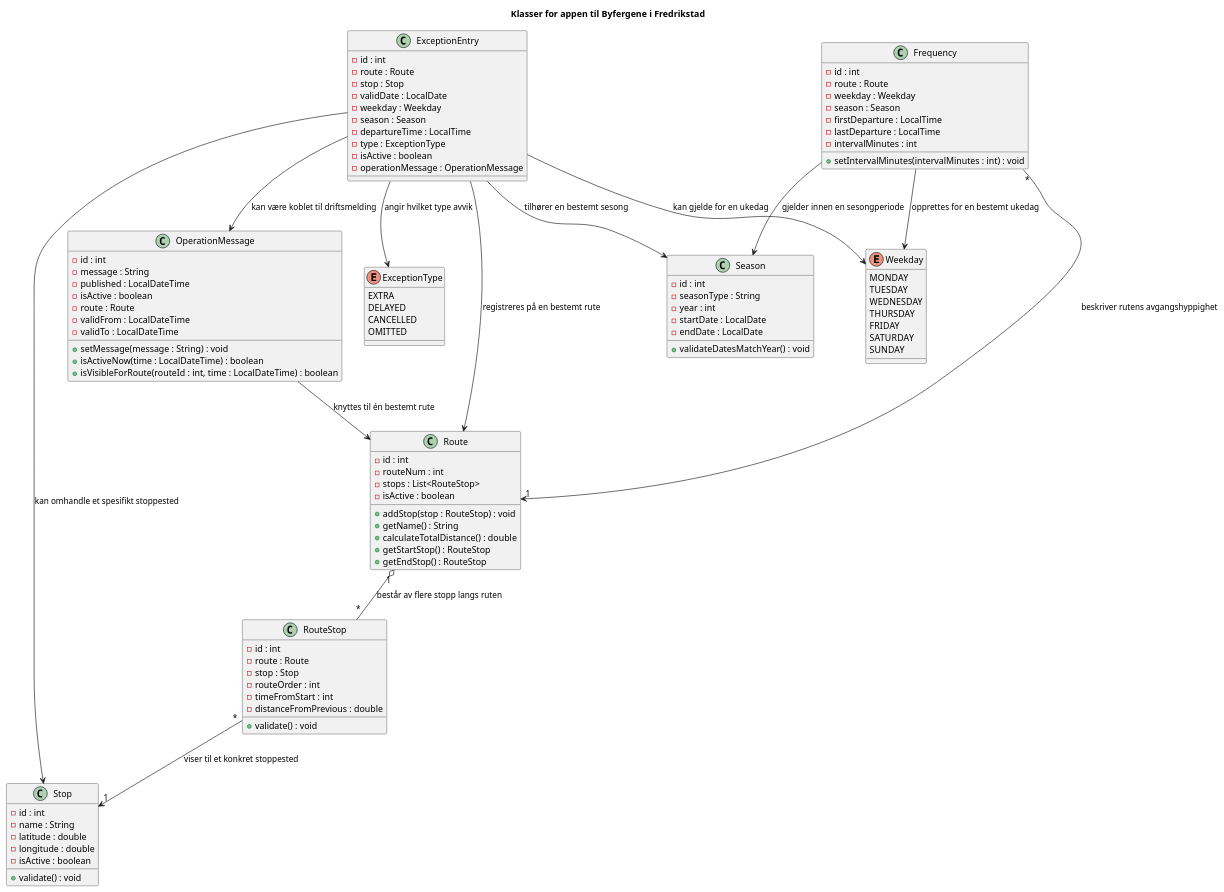
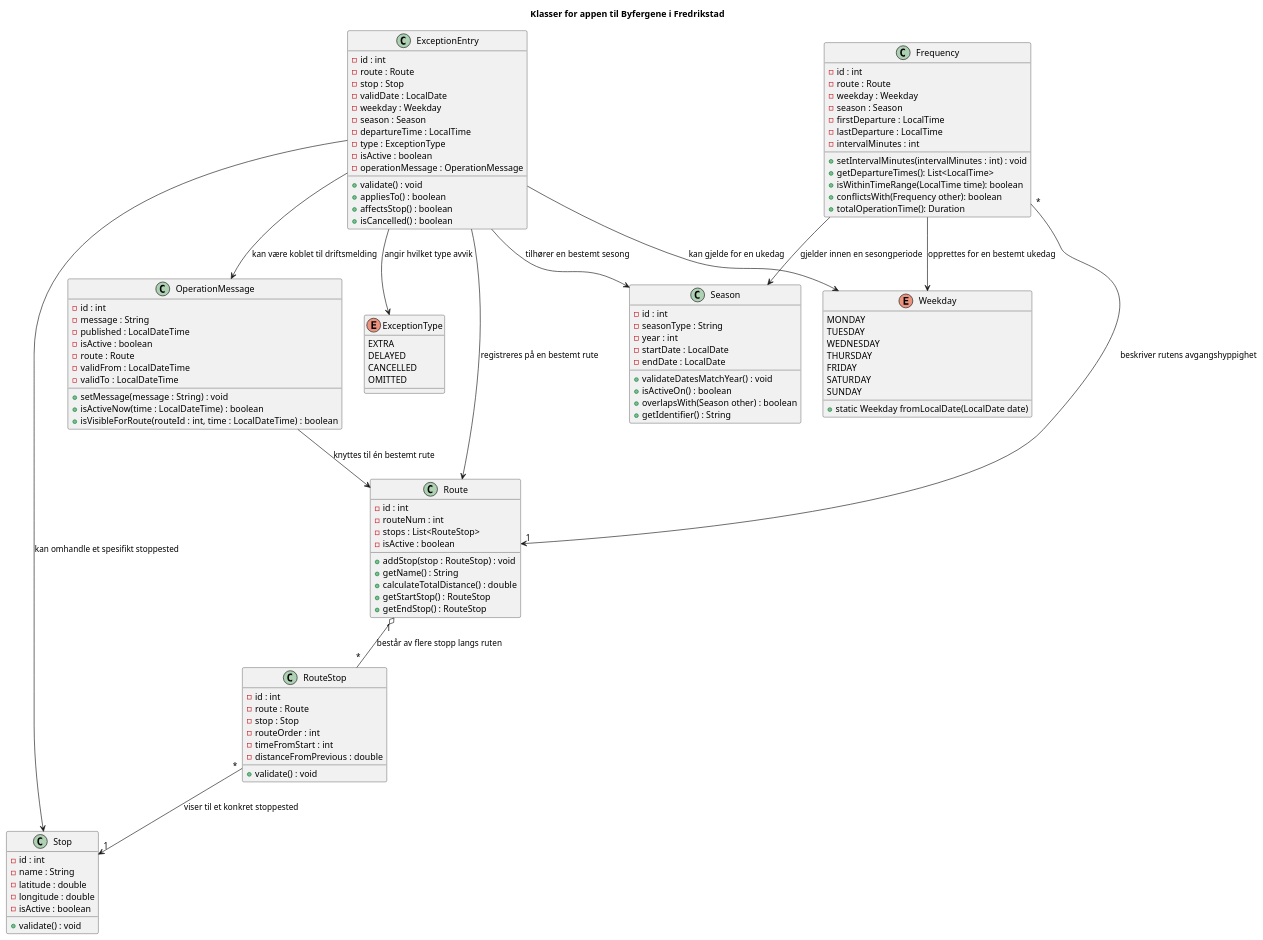
Before and after one commit to VictoriaElli/SeT15: the diagram in docs/Klassediagram-NY.puml, drawn with PlantUML. The commit also changed 3 other files, not shown here.

Commit message:
Oppdaterte metoder og lagt til klassediagrammet

```diff
--- a/docs/Klassediagram-NY.puml
+++ b/docs/Klassediagram-NY.puml
@@ -1,129 +1,143 @@
 @startuml
 title Klasser for appen til Byfergene i Fredrikstad
 
 ' ========= Route =========
 class Route {
   - id : int
   - routeNum : int
   - stops : List<RouteStop>
   - isActive : boolean
 
   + addStop(stop : RouteStop) : void
   + getName() : String
   + calculateTotalDistance() : double
   + getStartStop() : RouteStop
   + getEndStop() : RouteStop
 }
 
 ' ========= RouteStop =========
 class RouteStop {
   - id : int
   - route : Route
   - stop : Stop
   - routeOrder : int
   - timeFromStart : int
   - distanceFromPrevious : double
 
   + validate() : void
 }
 
 ' ========= Stop =========
 class Stop {
   - id : int
   - name : String
   - latitude : double
   - longitude : double
   - isActive : boolean
 
   + validate() : void
 }
 
 ' ========= OperationMessage =========
 class OperationMessage {
   - id : int
   - message : String
   - published : LocalDateTime
   - isActive : boolean
   - route : Route
   - validFrom : LocalDateTime
   - validTo : LocalDateTime
 
   + setMessage(message : String) : void
   + isActiveNow(time : LocalDateTime) : boolean
   + isVisibleForRoute(routeId : int, time : LocalDateTime) : boolean
 }
 
 ' ========= ExceptionEntry =========
 class ExceptionEntry {
   - id : int
   - route : Route
   - stop : Stop
   - validDate : LocalDate
   - weekday : Weekday
   - season : Season
   - departureTime : LocalTime
   - type : ExceptionType
   - isActive : boolean
   - operationMessage : OperationMessage
+
+  + validate() : void
+  + appliesTo() : boolean
+  + affectsStop() : boolean
+  + isCancelled() : boolean
 }
 
 ' ========= Frequency =========
 class Frequency {
   - id : int
   - route : Route
   - weekday : Weekday
   - season : Season
   - firstDeparture : LocalTime
   - lastDeparture : LocalTime
   - intervalMinutes : int
 
   + setIntervalMinutes(intervalMinutes : int) : void
+  + getDepartureTimes(): List<LocalTime>
+  + isWithinTimeRange(LocalTime time): boolean
+  + conflictsWith(Frequency other): boolean
+  + totalOperationTime(): Duration
 }
 
 ' ========= Season =========
 class Season {
   - id : int
   - seasonType : String
   - year : int
   - startDate : LocalDate
   - endDate : LocalDate
 
   + validateDatesMatchYear() : void
+  + isActiveOn() : boolean
+  + overlapsWith(Season other) : boolean
+  + getIdentifier() : String
 }
 
 ' ========= Enums =========
 enum Weekday {
   MONDAY
   TUESDAY
   WEDNESDAY
   THURSDAY
   FRIDAY
   SATURDAY
   SUNDAY
+
+  + static Weekday fromLocalDate(LocalDate date)
 }
 
 enum ExceptionType {
   EXTRA
   DELAYED
   CANCELLED
   OMITTED
 }
 
 ' ========= Relasjoner (mer naturlige beskrivelser) =========
 Route "1" o-- "*" RouteStop : består av flere stopp langs ruten
 RouteStop "*" --> "1" Stop : viser til et konkret stoppested
 
 OperationMessage --> Route : knyttes til én bestemt rute
 
 Frequency "*" --> "1" Route : beskriver rutens avgangshyppighet
 Frequency --> Weekday : opprettes for en bestemt ukedag
 Frequency --> Season : gjelder innen en sesongperiode
 
 ExceptionEntry --> Route : registreres på en bestemt rute
 ExceptionEntry --> Stop : kan omhandle et spesifikt stoppested
 ExceptionEntry --> Weekday : kan gjelde for en ukedag
 ExceptionEntry --> Season : tilhører en bestemt sesong
 ExceptionEntry --> ExceptionType : angir hvilket type avvik
 ExceptionEntry --> OperationMessage : kan være koblet til driftsmelding
 
 @enduml
```
